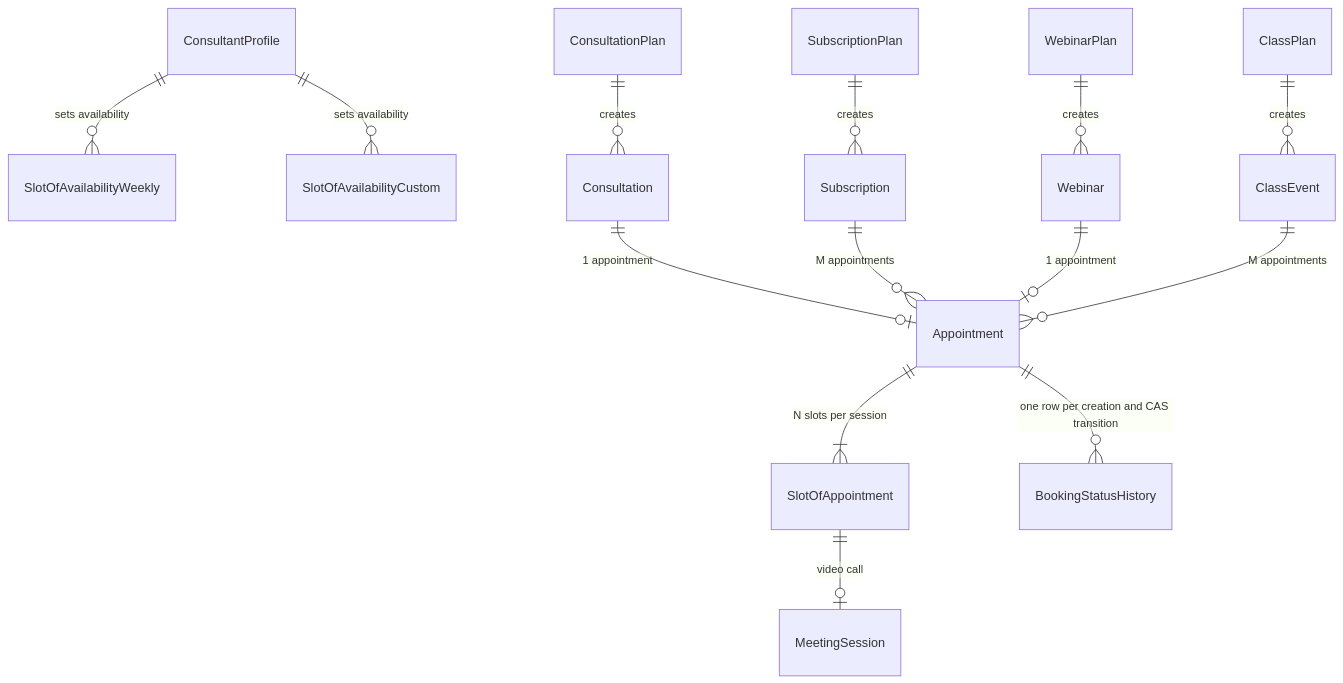
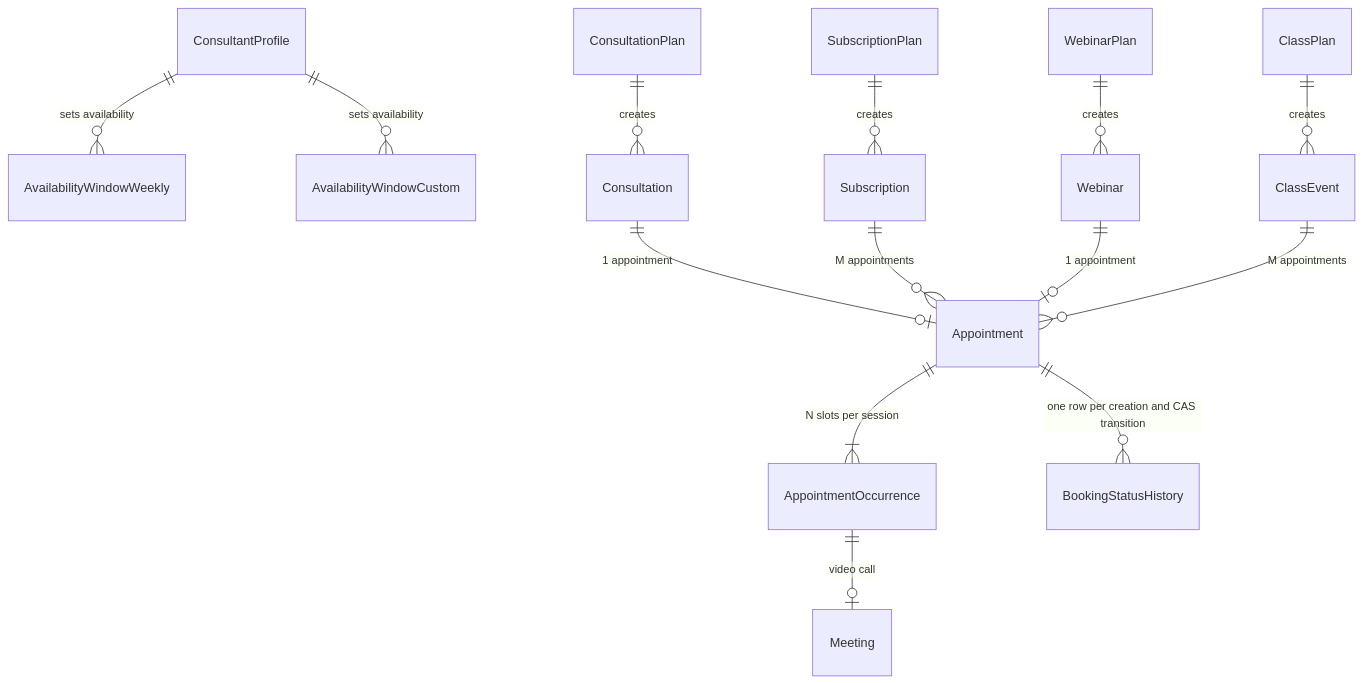
The sixth of 6 diagrams in docs/booking/06-dependency-graphs.md (Practitionist/familiarise_web), drawn with Mermaid before and after one commit. The commit also changed other lines of this file and 107 other files, not shown here.

Commit message:
docs(vocabulary): the scheduling glossary, booking, feedback, support, stream and review docs speak AppointmentOccurrence, Meeting and Trial (#1554)

````diff
--- a/docs/booking/06-dependency-graphs.md
+++ b/docs/booking/06-dependency-graphs.md
@@ -291,19 +291,19 @@
 ```mermaid
 erDiagram
-  ConsultantProfile ||--o{ SlotOfAvailabilityWeekly : "sets availability"
-  ConsultantProfile ||--o{ SlotOfAvailabilityCustom : "sets availability"
+  ConsultantProfile ||--o{ AvailabilityWindowWeekly : "sets availability"
+  ConsultantProfile ||--o{ AvailabilityWindowCustom : "sets availability"
 
   ConsultationPlan ||--o{ Consultation : creates
   SubscriptionPlan ||--o{ Subscription : creates
   WebinarPlan ||--o{ Webinar : creates
   ClassPlan ||--o{ ClassEvent : creates
 
   Consultation ||--o| Appointment : "1 appointment"
   Subscription ||--o{ Appointment : "M appointments"
   Webinar ||--o| Appointment : "1 appointment"
   ClassEvent ||--o{ Appointment : "M appointments"
 
-  Appointment ||--|{ SlotOfAppointment : "N slots per session"
+  Appointment ||--|{ AppointmentOccurrence : "N slots per session"
   Appointment ||--o{ BookingStatusHistory : "one row per creation and CAS transition"
-  SlotOfAppointment ||--o| MeetingSession : "video call"
+  AppointmentOccurrence ||--o| Meeting : "video call"
 ```
````
